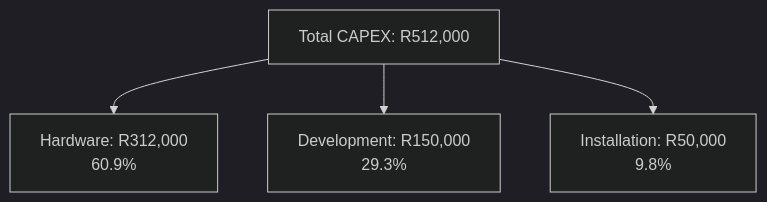
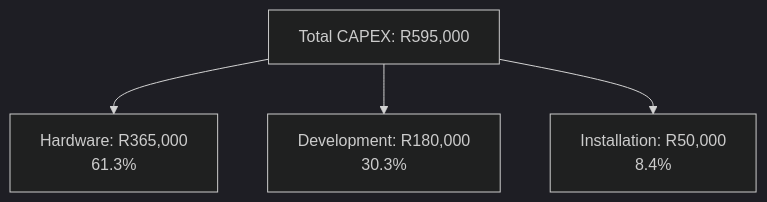
Before and after one commit to transnet-eduard-reitmann/locomotive-tracking-unit: the third of 9 diagrams in docs/executive-summary.md, drawn with Mermaid (dark theme). The commit also changed other lines of this file and 16 other files, not shown here.

````diff
--- a/docs/executive-summary.md
+++ b/docs/executive-summary.md
@@ -65,6 +66,6 @@
 ```mermaid
 graph TD
-    A[Total CAPEX: R512,000] --> B[Hardware: R312,000<br/>60.9%]
-    A --> C[Development: R150,000<br/>29.3%]
-    A --> D[Installation: R50,000<br/>9.8%]
+    A[Total CAPEX: R595,000] --> B[Hardware: R365,000<br/>61.3%]
+    A --> C[Development: R180,000<br/>30.3%]
+    A --> D[Installation: R50,000<br/>8.4%]
 ```
````
